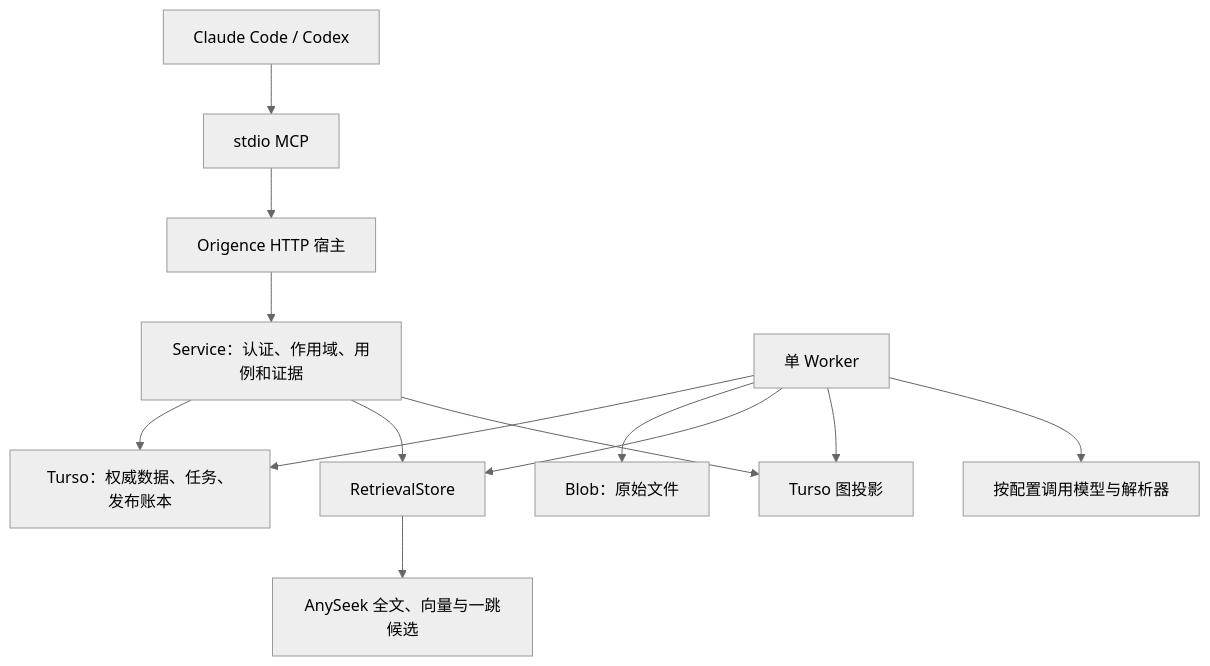
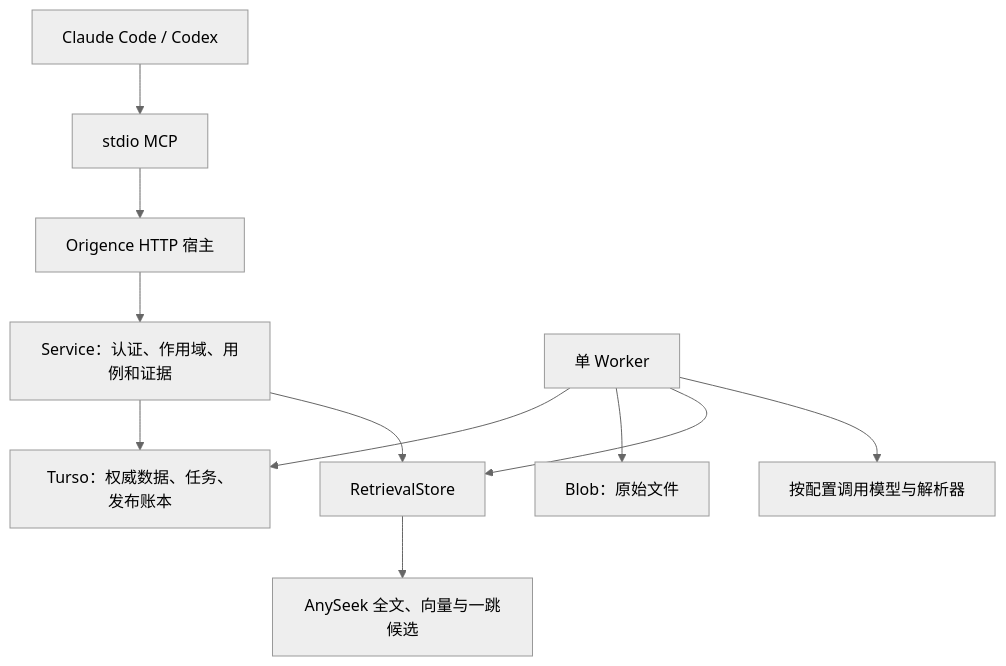
The diagram in docs/design/current-implementation.md (TheLudlows/Origence), drawn with Mermaid (neutral theme) before and after one commit. The commit also changed other lines of this file and 21 other files, not shown here.

First line of the commit message:
refactor(graph): retire the separate Turso graph projection [skip ci]

````diff
--- a/docs/design/current-implementation.md
+++ b/docs/design/current-implementation.md
@@ -18,15 +18,13 @@
 ```mermaid
 flowchart TD
     C[Claude Code / Codex] --> M[stdio MCP]
     M --> H[Origence HTTP 宿主]
     H --> S[Service：认证、作用域、用例和证据]
     S --> A[Turso：权威数据、任务、发布账本]
     W[单 Worker] --> A
     W --> B[Blob：原始文件]
     W --> R[RetrievalStore]
     S --> R
     R --> F[AnySeek 全文、向量与一跳候选]
-    W --> G[Turso 图投影]
-    S --> G
     W --> P[按配置调用模型与解析器]
 ```
````
